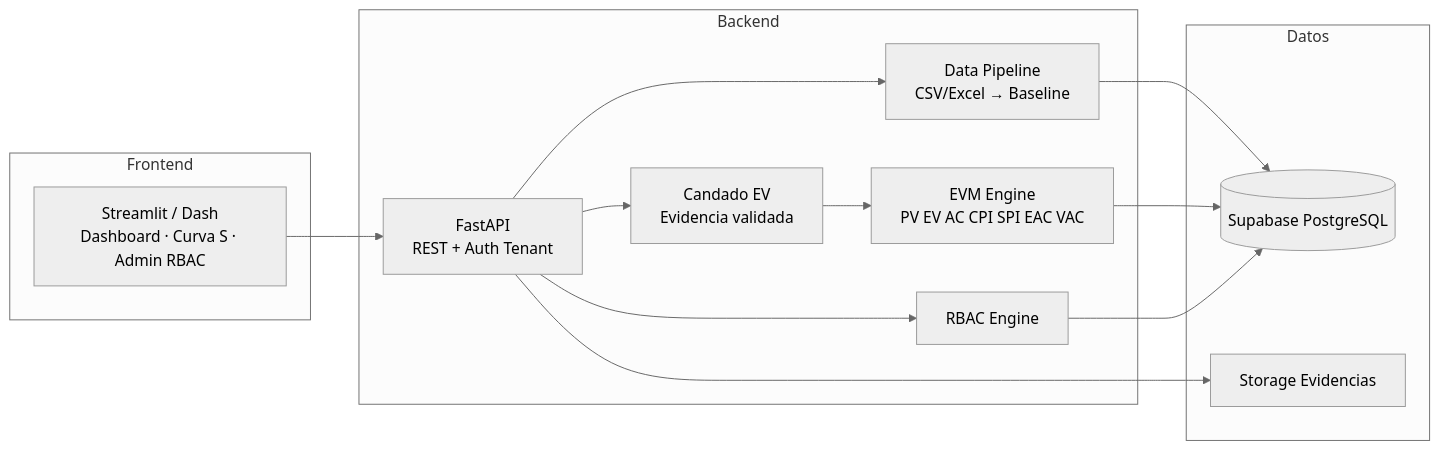
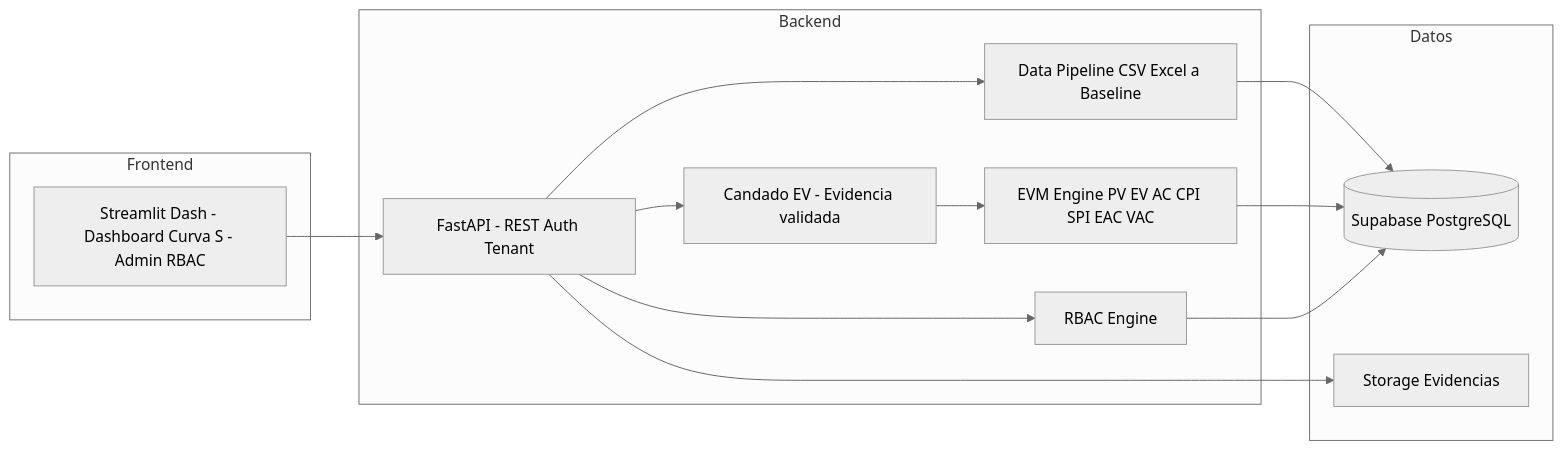
The fourth of 5 diagrams in README.md (CrisLogOps/UNAB-EVM), drawn with Mermaid (neutral theme) before and after one commit. The commit also changed other lines of this file, not shown here.

First line of the commit message:
fix(docs): compatibilizar diagramas Mermaid con el renderer de GitHub.

````diff
--- a/README.md
+++ b/README.md
@@ -294,29 +296,29 @@
 ```mermaid
 flowchart LR
     subgraph UI["Frontend"]
-        ST["Streamlit / Dash\nDashboard · Curva S · Admin RBAC"]
+        ST["Streamlit Dash - Dashboard Curva S - Admin RBAC"]
     end
 
     subgraph BE["Backend"]
-        API["FastAPI\nREST + Auth Tenant"]
-        IMP["Data Pipeline\nCSV/Excel → Baseline"]
+        API["FastAPI - REST Auth Tenant"]
+        IMP["Data Pipeline CSV Excel a Baseline"]
         RBAC["RBAC Engine"]
-        EVM["EVM Engine\nPV EV AC CPI SPI EAC VAC"]
-        LOCK["Candado EV\nEvidencia validada"]
+        EVM["EVM Engine PV EV AC CPI SPI EAC VAC"]
+        LOCK["Candado EV - Evidencia validada"]
     end
 
     subgraph DATA["Datos"]
         DB[("Supabase PostgreSQL")]
         FS["Storage Evidencias"]
     end
 
     ST --> API
     API --> RBAC
     API --> IMP
     API --> LOCK
     LOCK --> EVM
     IMP --> DB
     EVM --> DB
     RBAC --> DB
     API --> FS
 ```
````
